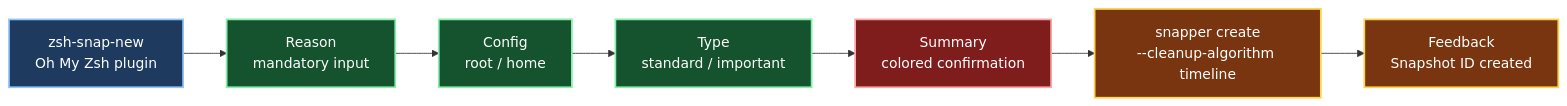
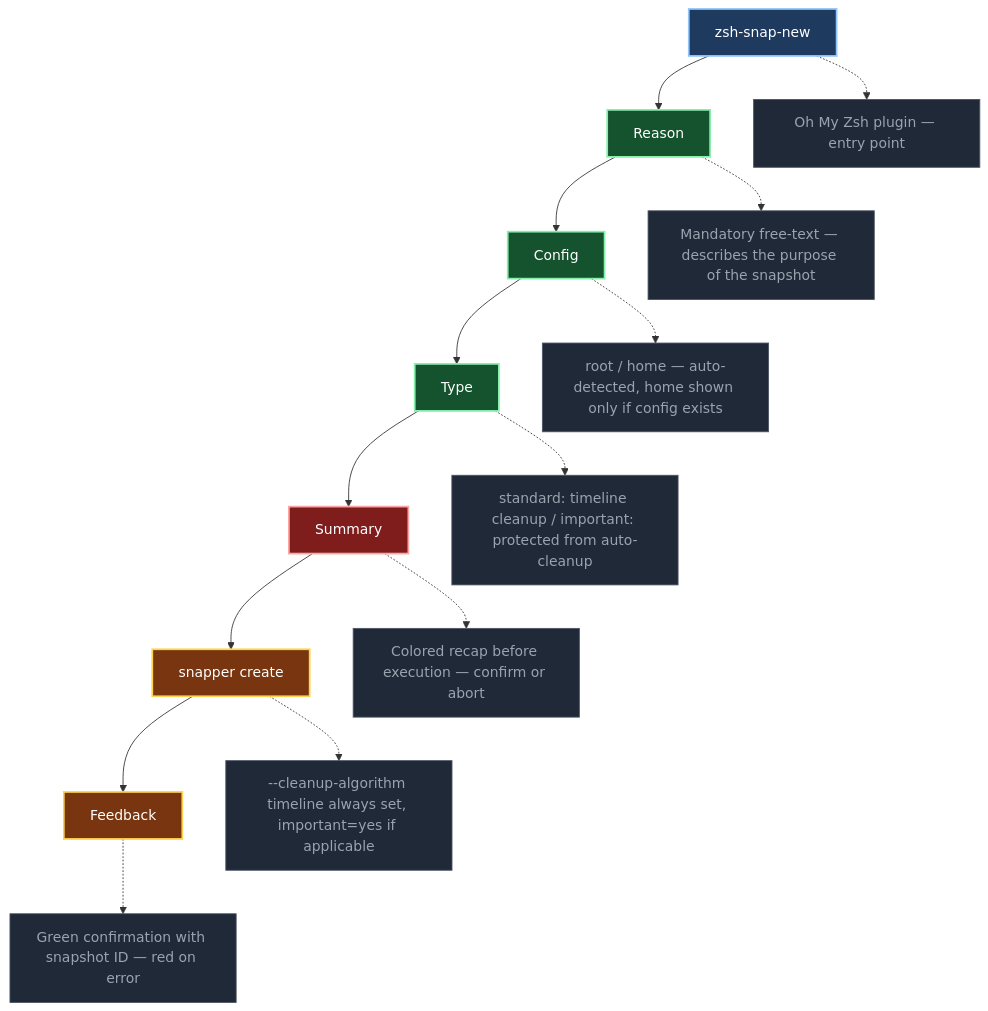
One commit to crisis1er/zsh-snap-new changed the diagram in README.md. Above: the diagram before and after it, drawn with Mermaid.

Commit message:
docs: vertical diagram with annotations for better readability

````diff
--- a/README.md
+++ b/README.md
@@ -20,15 +20,24 @@
 ```mermaid
-flowchart LR
+flowchart TD
     classDef plugin  fill:#1e3a5f,stroke:#93c5fd,stroke-width:2px,color:#ffffff
     classDef step    fill:#14532d,stroke:#86efac,stroke-width:2px,color:#ffffff
     classDef confirm fill:#7f1d1d,stroke:#fca5a5,stroke-width:2px,color:#ffffff
     classDef output  fill:#78350f,stroke:#fcd34d,stroke-width:2px,color:#ffffff
+    classDef note    fill:#1f2937,stroke:#4b5563,stroke-width:1px,color:#9ca3af
 
-    P[zsh-snap-new\nOh My Zsh plugin]:::plugin
-    P --> R[Reason\nmandatory input]:::step
-    R --> C[Config\nroot / home]:::step
-    C --> T[Type\nstandard / important]:::step
-    T --> S[Summary\ncolored confirmation]:::confirm
-    S --> CR[snapper create\n--cleanup-algorithm timeline]:::output
-    CR --> FB[Feedback\nSnapshot ID created]:::output
+    P[zsh-snap-new]:::plugin
+    P --> R[Reason]:::step
+    R --> C[Config]:::step
+    C --> T[Type]:::step
+    T --> S[Summary]:::confirm
+    S --> CR[snapper create]:::output
+    CR --> FB[Feedback]:::output
+
+    P  -.-> NP[Oh My Zsh plugin — entry point]:::note
+    R  -.-> NR[Mandatory free-text — describes the purpose of the snapshot]:::note
+    C  -.-> NC[root / home — auto-detected, home shown only if config exists]:::note
+    T  -.-> NT[standard: timeline cleanup / important: protected from auto-cleanup]:::note
+    S  -.-> NS[Colored recap before execution — confirm or abort]:::note
+    CR -.-> NCR[--cleanup-algorithm timeline always set, important=yes if applicable]:::note
+    FB -.-> NFB[Green confirmation with snapshot ID — red on error]:::note
 ```
````
